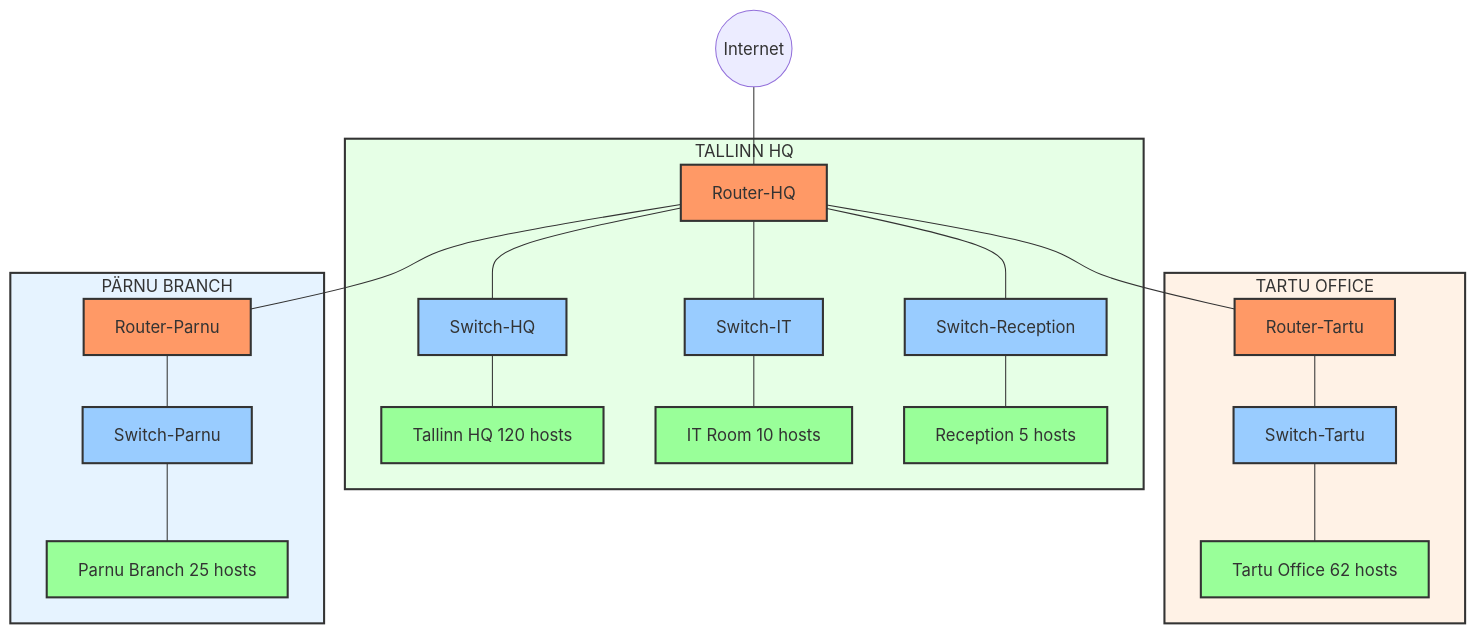
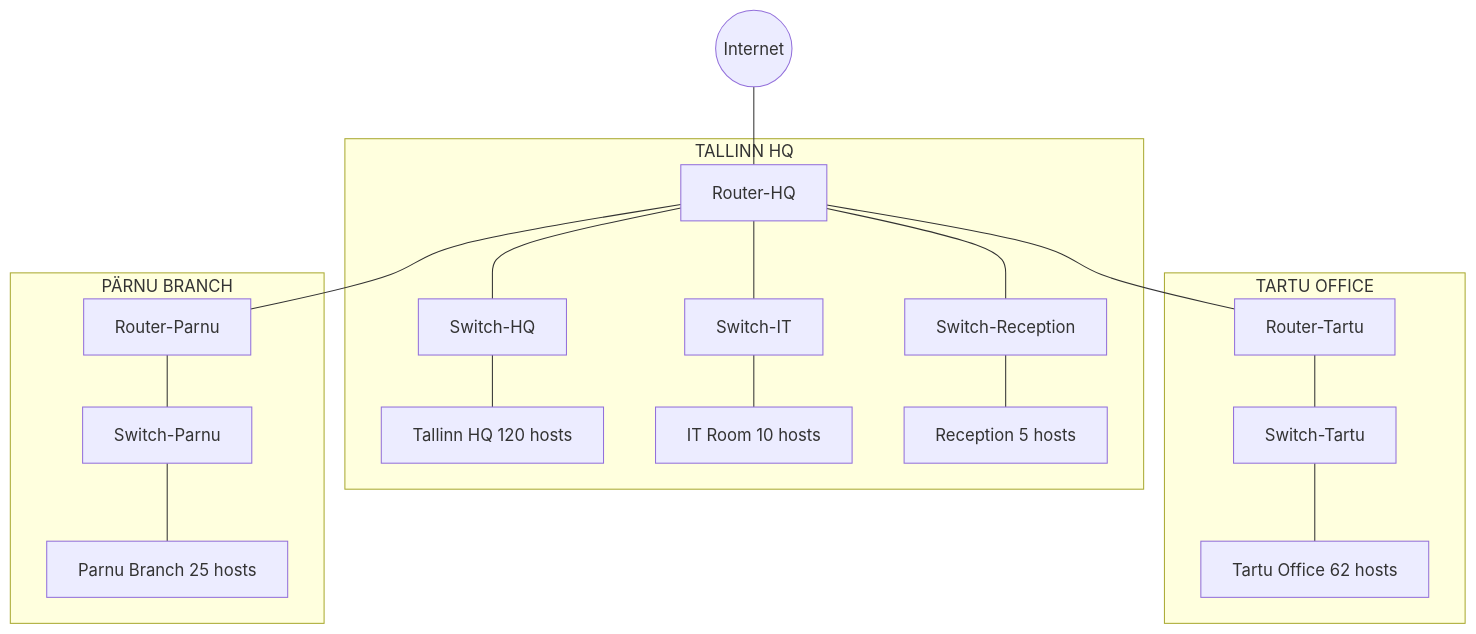
One commit to Haapsalu-Kutsehariduskeskus/av changed the diagram in Labs/Lab_11_VLSM.md. Above: the diagram before and after it, drawn with Mermaid. The commit also changed other lines of this file and 6 other files, not shown here.

````diff
--- a/Labs/Lab_11_VLSM.md
+++ b/Labs/Lab_11_VLSM.md
@@ -32,55 +85,41 @@
 ```mermaid
 graph TD
     subgraph HQ[TALLINN HQ]
     R1[Router-HQ]
     SW1[Switch-HQ]
     SW4[Switch-IT]
     SW5[Switch-Reception]
     HQ1[Tallinn HQ 120 hosts]
     IT1[IT Room 10 hosts]
     RC1[Reception 5 hosts]
     
     R1---SW1
     R1---SW4
     R1---SW5
     SW1---HQ1
     SW4---IT1
     SW5---RC1
     end
 
     subgraph TARTU[TARTU OFFICE]
     R2[Router-Tartu]
     SW2[Switch-Tartu]
     TO1[Tartu Office 62 hosts]
     
     R2---SW2
     SW2---TO1
     end
 
     subgraph PARNU[PÄRNU BRANCH]
     R3[Router-Parnu]
     SW3[Switch-Parnu]
     PB1[Parnu Branch 25 hosts]
     
     R3---SW3
     SW3---PB1
     end
 
     I((Internet))---R1
     R1---R2
     R1---R3
-
-    classDef router fill:#f96,stroke:#333,stroke-width:2px
-    classDef switch fill:#9cf,stroke:#333,stroke-width:2px
-    classDef endpoint fill:#9f9,stroke:#333,stroke-width:2px
-    classDef tallinn fill:#e6ffe6,stroke:#333,stroke-width:2px
-    classDef tartu fill:#fff2e6,stroke:#333,stroke-width:2px
-    classDef parnu fill:#e6f3ff,stroke:#333,stroke-width:2px
-    
-    class R1,R2,R3 router
-    class SW1,SW2,SW3,SW4,SW5 switch
-    class HQ1,TO1,PB1,IT1,RC1 endpoint
-    class HQ tallinn
-    class TARTU tartu
-    class PARNU parnu
 ```
````
